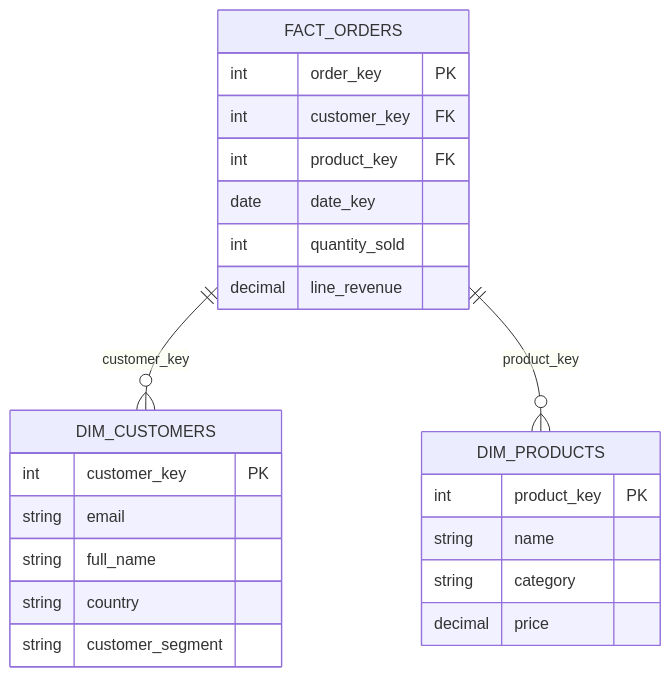
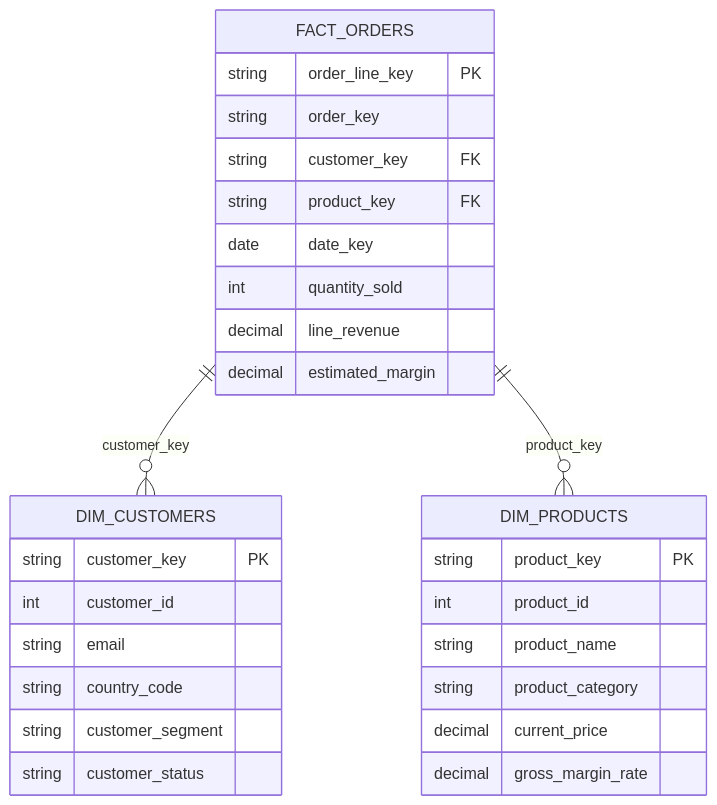
One commit to abdelali-ctrl/shopstream-data-pipeline changed the second of 2 diagrams in README.md. Above: the diagram before and after it, drawn with Mermaid. The commit also changed other lines of this file and 38 other files, not shown here.

````diff
--- a/README.md
+++ b/README.md
@@ -164,29 +62,32 @@
 ```mermaid
 erDiagram
-    FACT_ORDERS ||--o{ DIM_CUSTOMERS : "customer_key"
-    FACT_ORDERS ||--o{ DIM_PRODUCTS : "product_key"
-    
+    FACT_ORDERS ||--o{ DIM_CUSTOMERS : customer_key
+    FACT_ORDERS ||--o{ DIM_PRODUCTS : product_key
+
     DIM_CUSTOMERS {
-        int customer_key PK
+        string customer_key PK
+        int customer_id
         string email
-        string full_name
-        string country
+        string country_code
         string customer_segment
+        string customer_status
     }
-    
     DIM_PRODUCTS {
-        int product_key PK
-        string name
-        string category
-        decimal price
+        string product_key PK
+        int product_id
+        string product_name
+        string product_category
+        decimal current_price
+        decimal gross_margin_rate
     }
-    
     FACT_ORDERS {
-        int order_key PK
-        int customer_key FK
-        int product_key FK
+        string order_line_key PK
+        string order_key
+        string customer_key FK
+        string product_key FK
         date date_key
         int quantity_sold
         decimal line_revenue
+        decimal estimated_margin
     }
 ```
````
